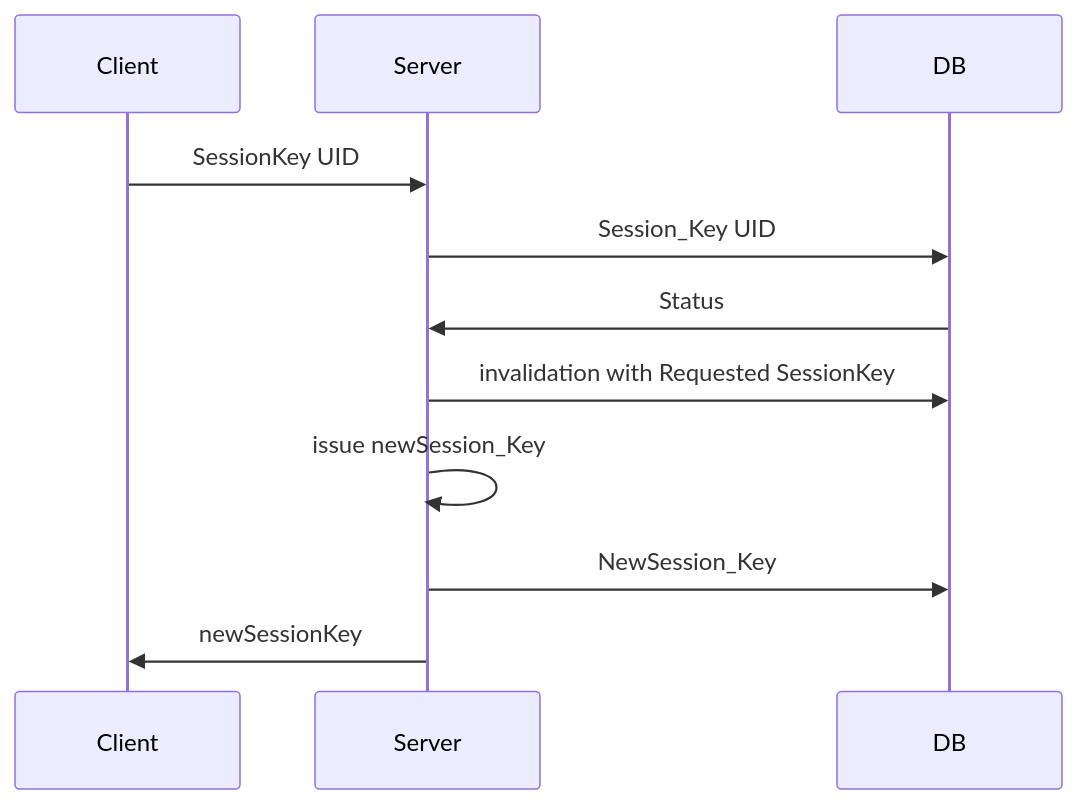
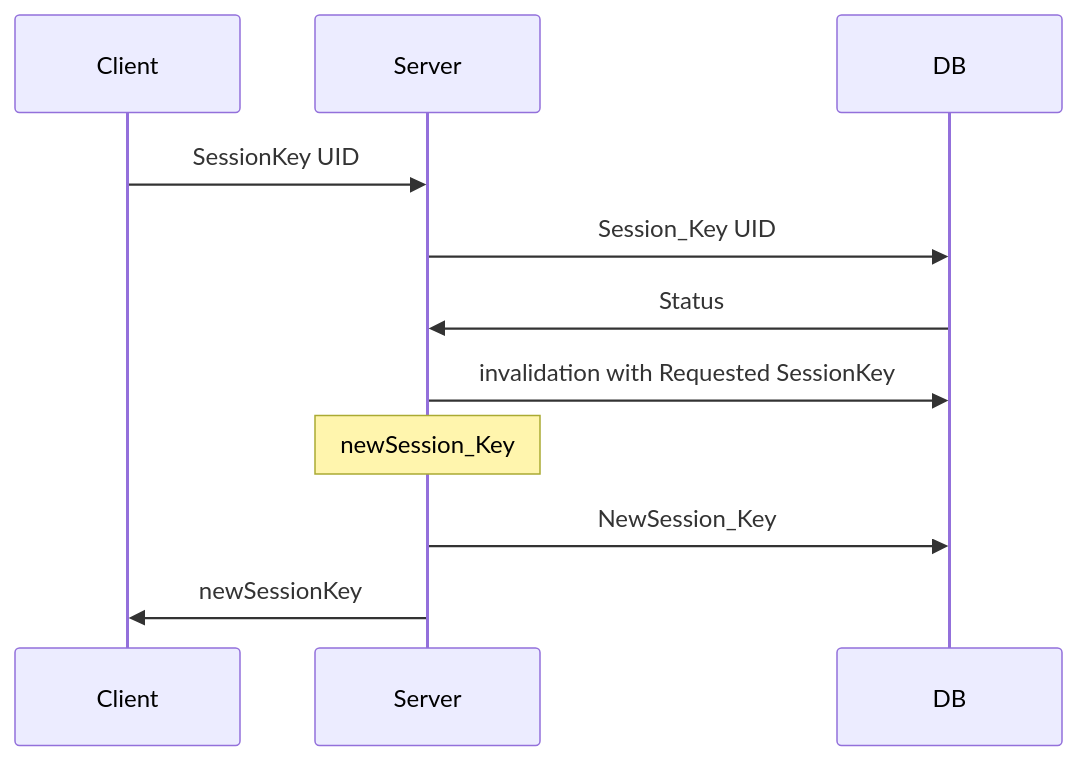
One commit to WhatACotton/CharisWorks-BackEnd changed the second of 4 diagrams in README.md. Above: the diagram before and after it, drawn with Mermaid.

Commit message:
database update

````diff
--- a/README.md
+++ b/README.md
@@ -63,17 +63,17 @@
 ```mermaid
 sequenceDiagram
 
 participant Client
 participant Server
 participant DB
 
 Client ->> Server:SessionKey UID
 Server ->> DB:Session_Key UID
 DB ->> Server:Status
 Server ->> DB:invalidation with Requested SessionKey
-Server->>Server:issue newSession_Key
+Note over Server: newSession_Key
 Server ->> DB:NewSession_Key
 Server ->> Client:newSessionKey
 
 
 ```
````
